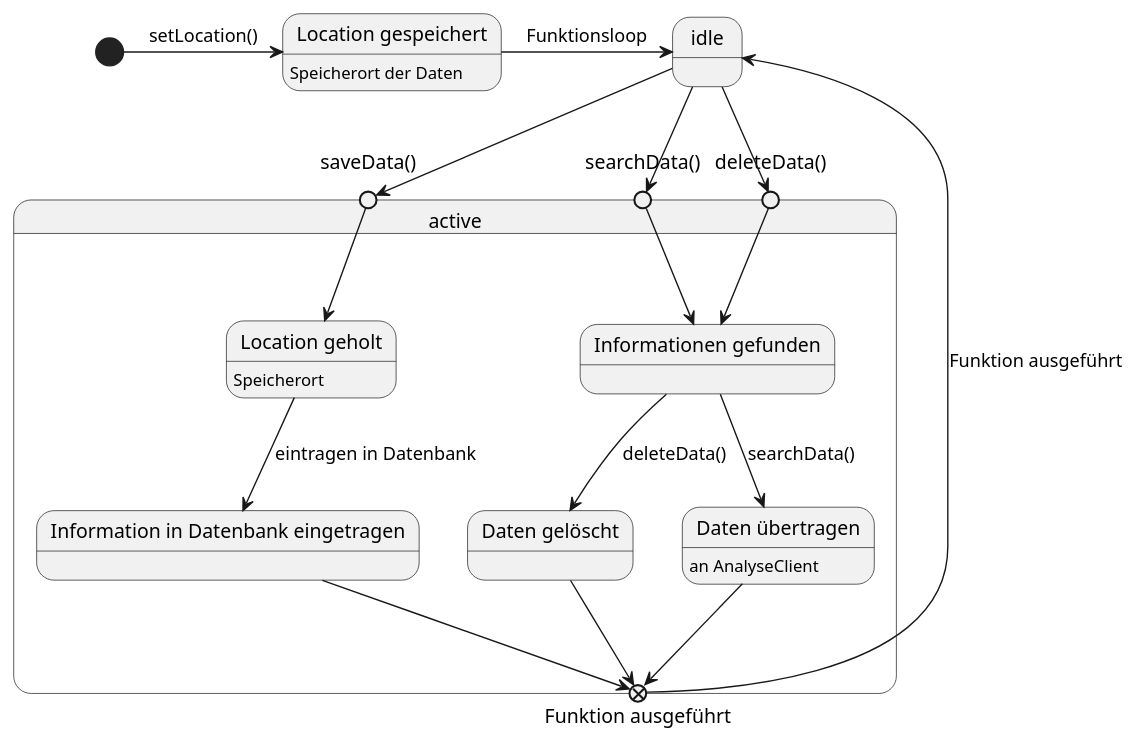
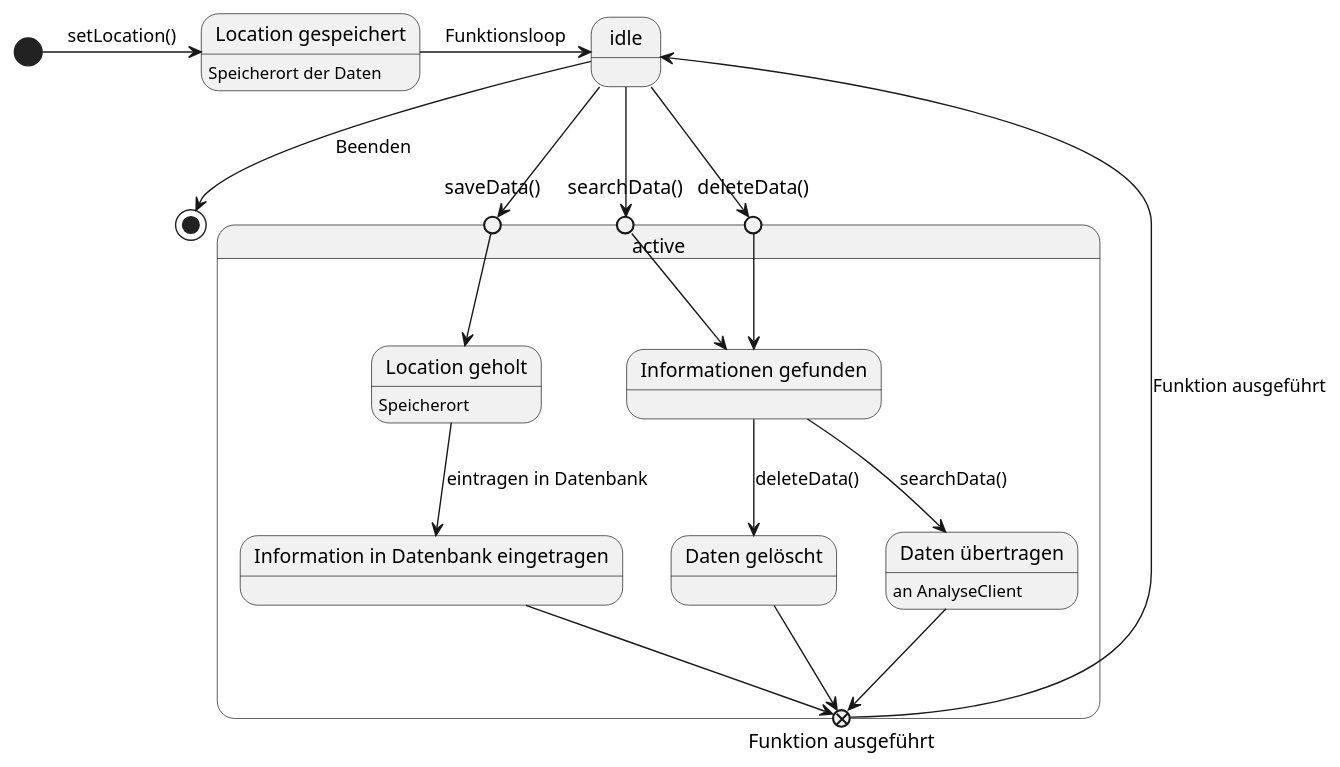
The diagram in meilenstein_04/zustand-speichermedium/zustand-speichermedium.puml (weichware10/meilensteine), drawn with PlantUML before and after one commit.

```diff
--- a/meilenstein_04/zustand-speichermedium/zustand-speichermedium.puml
+++ b/meilenstein_04/zustand-speichermedium/zustand-speichermedium.puml
@@ -1,33 +1,34 @@
 @startuml speichermedium
 
 state "Location gespeichert" as lgs : Speicherort der Daten
 state "idle" as i
 state active {
     state "Location geholt" as lgh : Speicherort
     state "Informationen gefunden" as ig
     state "Information in Datenbank eingetragen" as ide
     state "Daten gelöscht" as dg
     state "Daten übertragen" as du : an AnalyseClient
     state "Funktion ausgeführt"  as fa <<exitPoint>>
     state "saveData()"  as sad <<entryPoint>>
     state "searchData()"  as sed <<entryPoint>>
     state "deleteData()"  as ded <<entryPoint>>
 }
 
 [*] -r-> lgs : setLocation()
 lgs -r-> i : Funktionsloop
 i --> sed
 i --> ded
 sed --> ig
 ded --> ig
 ig --> dg : deleteData()
 ig --> du : searchData()
 du --> fa
 dg --> fa
 i --> sad
 sad --> lgh
 lgh --> ide : eintragen in Datenbank
 ide --> fa
 fa --> i : Funktion ausgeführt
+i --> [*] : Beenden
 
 @enduml
```
